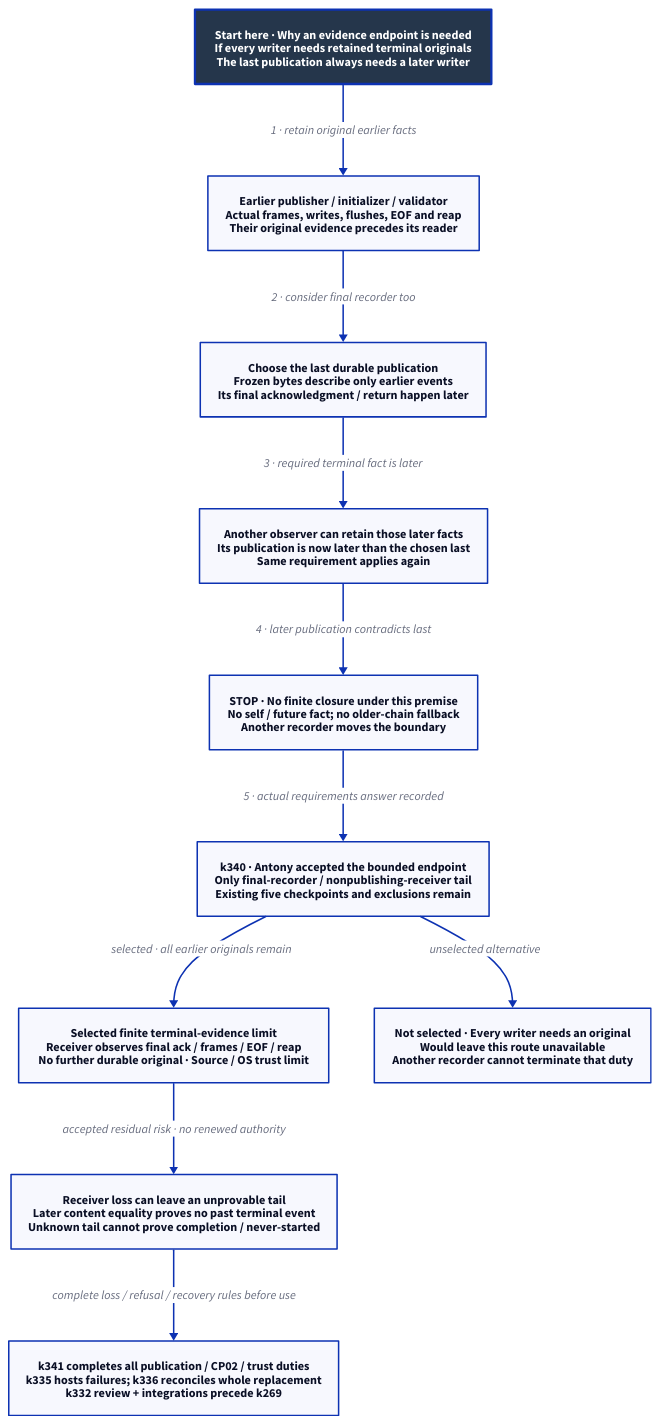
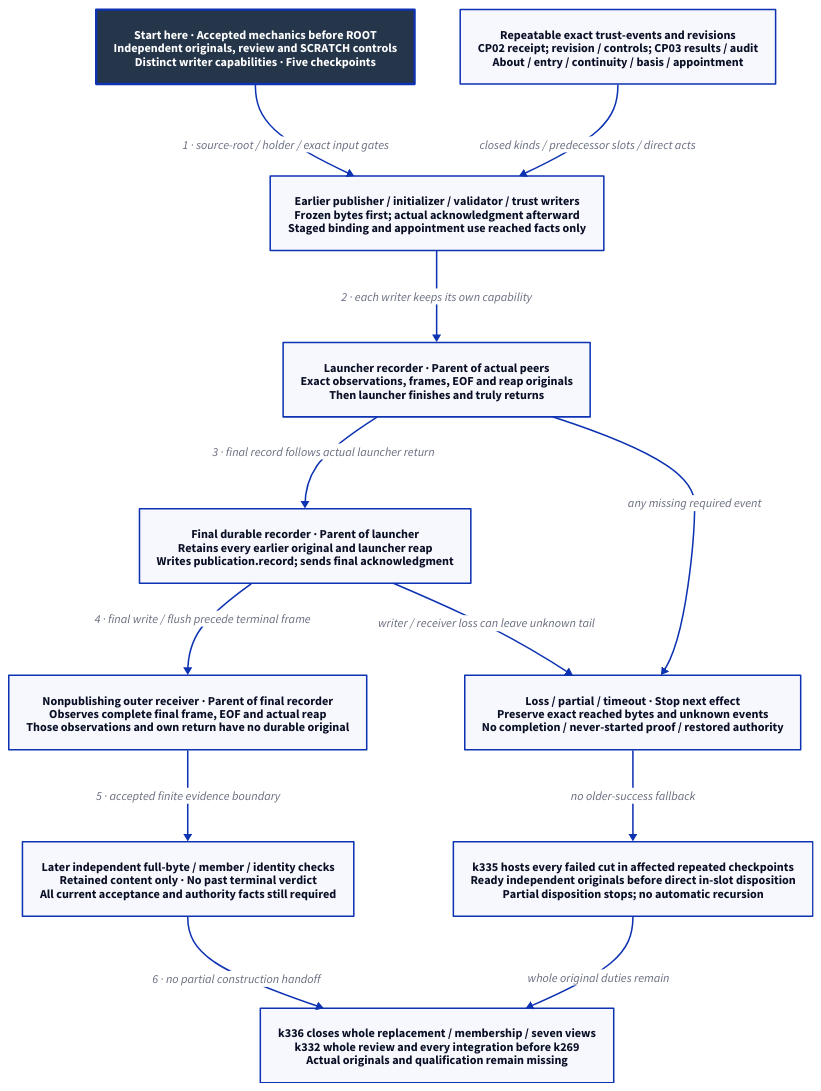
The diagram in docs/design/architecture/native-reference-admission.d2 (Linkuistics/Koine), drawn with D2 before and after one commit. The commit also changed 15 other files, not shown here.

Commit message:
Complete original publication design (reference-evidence-publication-completion-k341; closes reference-evidence-publication-completion-k338 and reference-evidence-original-publication-k334)

```diff
--- a/docs/design/architecture/native-reference-admission.d2
+++ b/docs/design/architecture/native-reference-admission.d2
@@ -1,24 +1,26 @@
-# k340 selected terminal endpoint; full publication/recovery design still required.
+# Publication design under k340; hosted recovery and whole review still required.
 direction: down
 classes: {
   start: {style: {fill: "#25364B"; font-color: "#FFFFFF"; bold: true; stroke-width: 3}}
 }
-Start: "Start here · Why an evidence endpoint is needed\nIf every writer needs retained terminal originals\nThe last publication always needs a later writer" {class: start}
-Earlier: "Earlier publisher / initializer / validator\nActual frames, writes, flushes, EOF and reap\nTheir original evidence precedes its reader"
-Last: "Choose the last durable publication\nFrozen bytes describe only earlier events\nIts final acknowledgment / return happen later"
-Observer: "Another observer can retain those later facts\nIts publication is now later than the chosen last\nSame requirement applies again"
-Conflict: "STOP · No finite closure under this premise\nNo self / future fact; no older-chain fallback\nAnother recorder moves the boundary"
-Choice: "k340 · Antony accepted the bounded endpoint\nOnly final-recorder / nonpublishing-receiver tail\nExisting five checkpoints and exclusions remain"
-Limit: "Selected finite terminal-evidence limit\nReceiver observes final ack / frames / EOF / reap\nNo further durable original · Source / OS trust limit"
-Loss: "Receiver loss can leave an unprovable tail\nLater content equality proves no past terminal event\nUnknown tail cannot prove completion / never-started"
-Strict: "Not selected · Every writer needs an original\nWould leave this route unavailable\nAnother recorder cannot terminate that duty"
-Next: "k341 completes all publication / CP02 / trust duties\nk335 hosts failures; k336 reconciles whole replacement\nk332 review + integrations precede k269"
-Start -> Earlier: "1 · retain original earlier facts"
-Earlier -> Last: "2 · consider final recorder too"
-Last -> Observer: "3 · required terminal fact is later"
-Observer -> Conflict: "4 · later publication contradicts last"
-Conflict -> Choice: "5 · actual requirements answer recorded"
-Choice -> Limit: "selected · all earlier originals remain"
-Choice -> Strict: "unselected alternative"
-Limit -> Loss: "accepted residual risk · no renewed authority"
-Loss -> Next: "complete loss / refusal / recovery rules before use"
+Start: "Start here · Accepted mechanics before ROOT\nIndependent originals, review and SCRATCH controls\nDistinct writer capabilities · Five checkpoints" {class: start}
+Stages: "Earlier publisher / initializer / validator / trust writers\nFrozen bytes first; actual acknowledgment afterward\nStaged binding and appointment use reached facts only"
+Launcher: "Launcher recorder · Parent of actual peers\nExact observations, frames, EOF and reap originals\nThen launcher finishes and truly returns"
+Final: "Final durable recorder · Parent of launcher\nRetains every earlier original and launcher reap\nWrites publication.record; sends final acknowledgment"
+Outer: "Nonpublishing outer receiver · Parent of final recorder\nObserves complete final frame, EOF and actual reap\nThose observations and own return have no durable original"
+Content: "Later independent full-byte / member / identity checks\nRetained content only · No past terminal verdict\nAll current acceptance and authority facts still required"
+Trust: "Repeatable exact trust-events and revisions\nCP02 receipt; revision / controls; CP03 results / audit\nAbout / entry / continuity / basis / appointment"
+Loss: "Loss / partial / timeout · Stop next effect\nPreserve exact reached bytes and unknown events\nNo completion / never-started proof / restored authority"
+Recovery: "k335 hosts every failed cut in affected repeated checkpoints\nReady independent originals before direct in-slot disposition\nPartial disposition stops; no automatic recursion"
+Next: "k336 closes whole replacement / membership / seven views\nk332 whole review and every integration before k269\nActual originals and qualification remain missing"
+Start -> Stages: "1 · source-root / holder / exact input gates"
+Stages -> Launcher: "2 · each writer keeps its own capability"
+Trust -> Stages: "closed kinds / predecessor slots / direct acts"
+Launcher -> Final: "3 · final record follows actual launcher return"
+Final -> Outer: "4 · final write / flush precede terminal frame"
+Outer -> Content: "5 · accepted finite evidence boundary"
+Content -> Next: "6 · no partial construction handoff"
+Launcher -> Loss: "any missing required event"
+Final -> Loss: "writer / receiver loss can leave unknown tail"
+Loss -> Recovery: "no older-success fallback"
+Recovery -> Next: "whole original duties remain"
```
